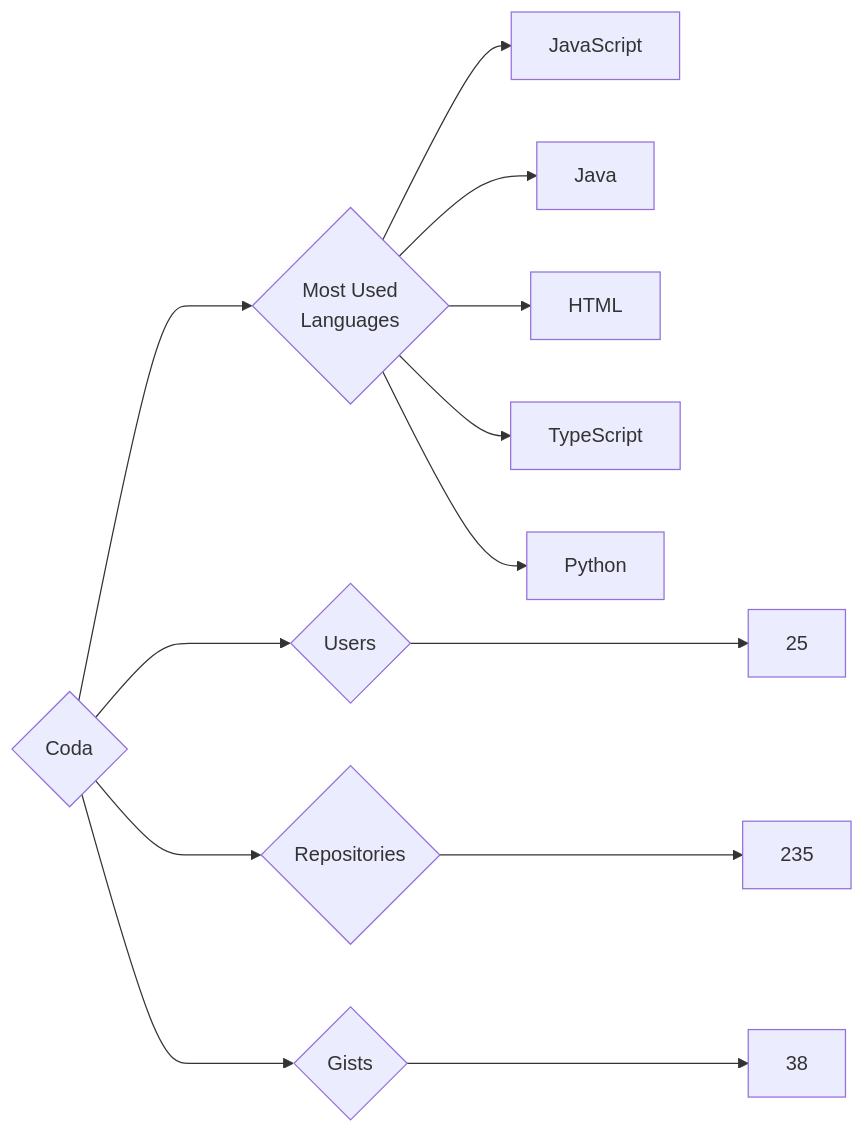
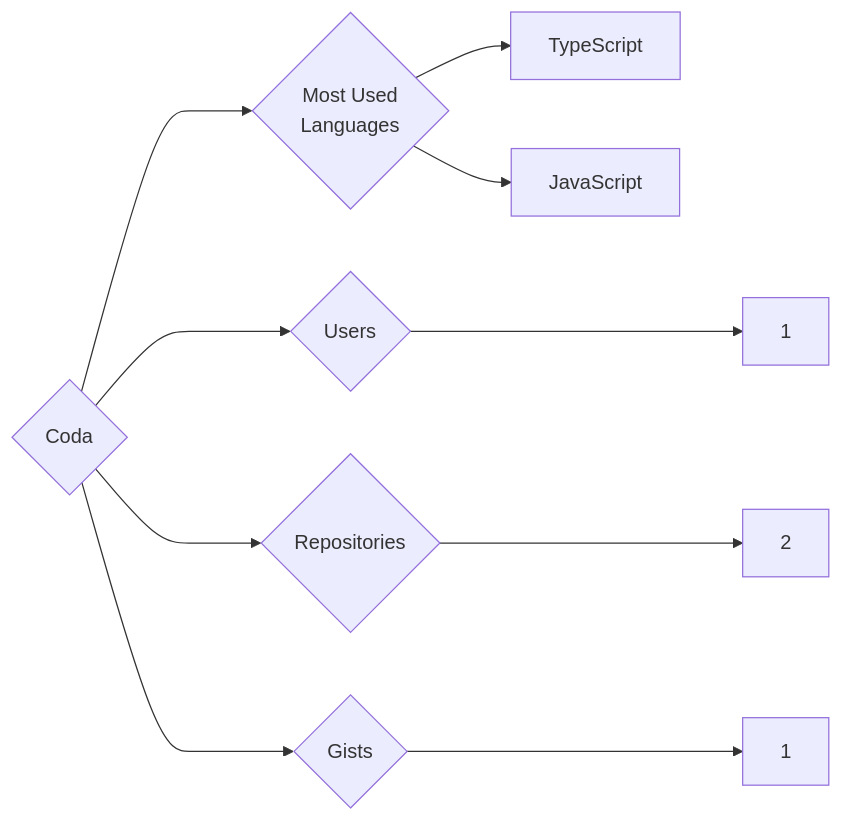
The diagram in targets/Coda/README.md (trickest/insiders), drawn with Mermaid before and after one commit. The commit also changed 823 other files, not shown here.

````diff
--- a/targets/Coda/README.md
+++ b/targets/Coda/README.md
@@ -3,13 +3,10 @@
 ```mermaid
 graph LR
 COMPANY_NAME{Coda}
-COMPANY_NAME ---> U{Users} ---> UN[25]
-COMPANY_NAME ---> R{Repositories} ---> RN[235]
-COMPANY_NAME ---> G{Gists} ---> GN[38]
+COMPANY_NAME ---> U{Users} ---> UN[1]
+COMPANY_NAME ---> R{Repositories} ---> RN[2]
+COMPANY_NAME ---> G{Gists} ---> GN[1]
 COMPANY_NAME ---> ML{Most Used<br>Languages}
+ML --> TypeScript[TypeScript]
 ML --> JavaScript[JavaScript]
-ML --> Java[Java]
-ML --> HTML[HTML]
-ML --> TypeScript[TypeScript]
-ML --> Python[Python]
 ```
````
